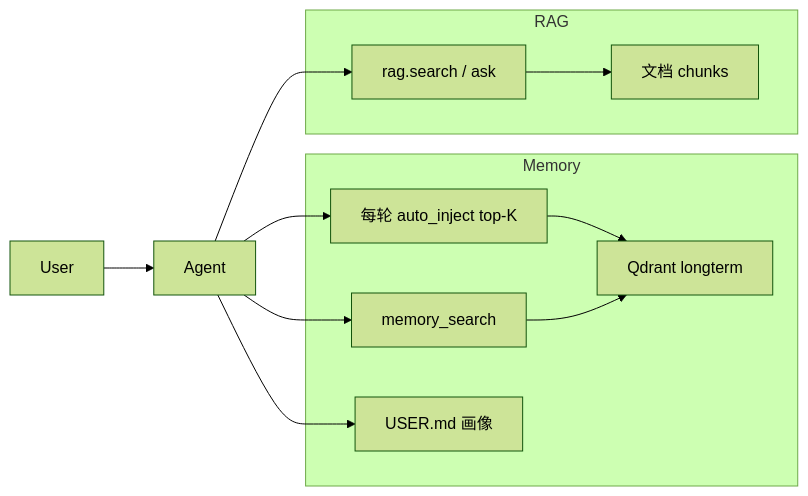
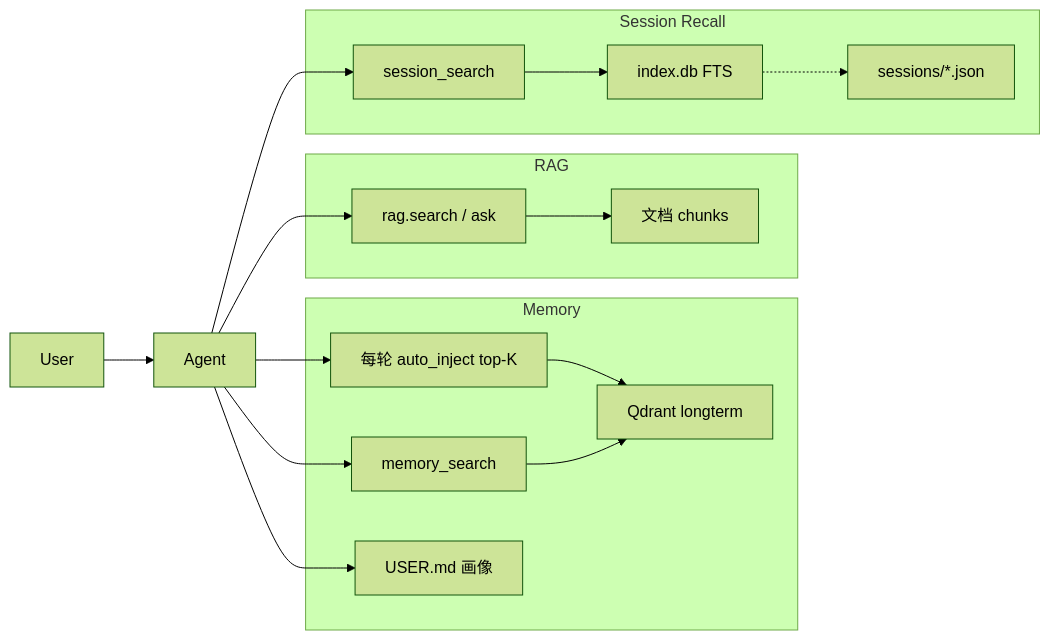
The fifth of 6 diagrams in docs/MyClaw实现详解/MyClaw_Memory实现文档.md (promisestar/MyClaw), drawn with Mermaid (forest theme) before and after one commit. The commit also changed other lines of this file and 21 other files, not shown here.

````diff
--- a/docs/MyClaw实现详解/MyClaw_Memory实现文档.md
+++ b/docs/MyClaw实现详解/MyClaw_Memory实现文档.md
@@ -305,21 +343,29 @@
 ```mermaid
 flowchart LR
     subgraph mem["Memory"]
         M1["Qdrant longterm"]
         M2["每轮 auto_inject top-K"]
         M3["memory_search"]
         M4["USER.md 画像"]
     end
     subgraph rag["RAG"]
         R1["文档 chunks"]
         R2["rag.search / ask"]
     end
+    subgraph sess["Session Recall"]
+        S1["sessions/*.json"]
+        S2["index.db FTS"]
+        S3["session_search"]
+    end
     User --> Agent
     Agent --> M2
     Agent --> M3
     Agent --> M4
     Agent --> R2
+    Agent --> S3
     M2 --> M1
     M3 --> M1
     R2 --> R1
+    S3 --> S2
+    S2 -.-> S1
 ```
````
